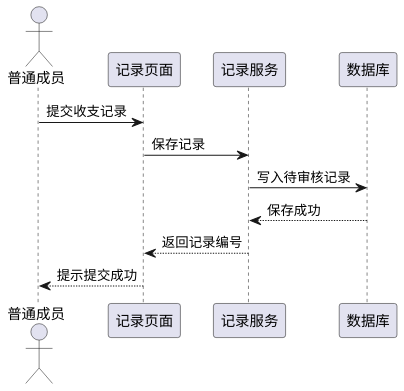
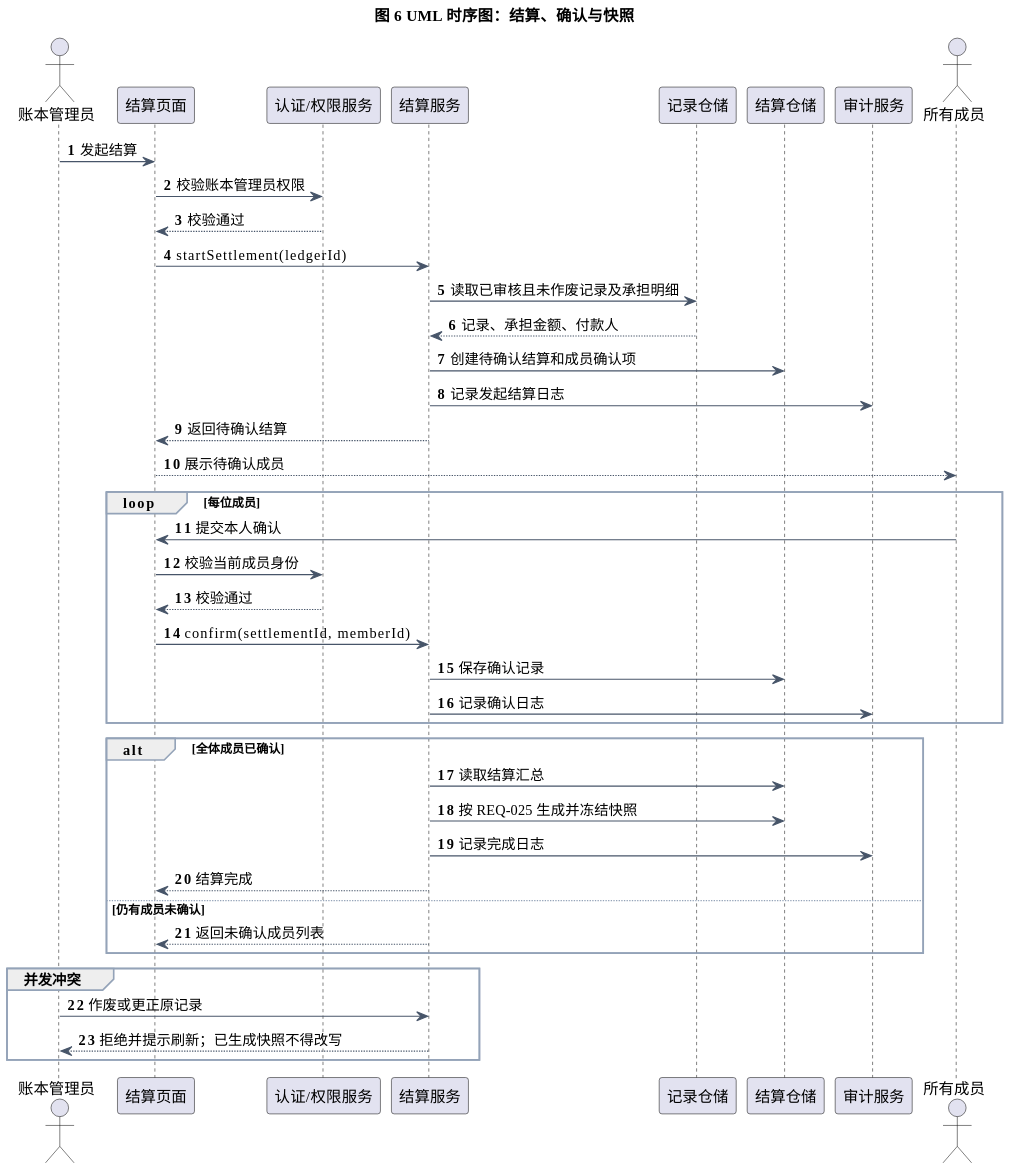
Before and after one commit to 1010-code/lab1-requirements-analysis: the diagram in lab2/UML/UML时序图.puml, drawn with PlantUML. The commit also changed 22 other files, not shown here.

Commit message:
feat: complete lab2 architecture, UI prototypes and report

```diff
--- a/lab2/UML/UML时序图.puml
+++ b/lab2/UML/UML时序图.puml
@@ -1,16 +1,53 @@
 @startuml
-skinparam dpi 150
+skinparam dpi 160
 skinparam defaultFontName "Microsoft YaHei"
 skinparam shadowing false
-actor "普通成员" as Member
-participant "记录页面" as UI
-participant "记录服务" as RecordService
-participant "数据库" as DB
+skinparam sequenceArrowColor #475569
+skinparam sequenceGroupBorderColor #94A3B8
+autonumber
 
-Member -> UI : 提交收支记录
-UI -> RecordService : 保存记录
-RecordService -> DB : 写入待审核记录
-DB --> RecordService : 保存成功
-RecordService --> UI : 返回记录编号
-UI --> Member : 提示提交成功
+title 图 6  UML 时序图：结算、确认与快照
+
+actor "账本管理员" as Admin
+participant "结算页面" as UI
+participant "认证/权限服务" as Auth
+participant "结算服务" as Settle
+participant "记录仓储" as RecordRepo
+participant "结算仓储" as SettleRepo
+participant "审计服务" as Audit
+actor "所有成员" as Members
+
+Admin -> UI : 发起结算
+UI -> Auth : 校验账本管理员权限
+Auth --> UI : 校验通过
+UI -> Settle : startSettlement(ledgerId)
+Settle -> RecordRepo : 读取已审核且未作废记录及承担明细
+RecordRepo --> Settle : 记录、承担金额、付款人
+Settle -> SettleRepo : 创建待确认结算和成员确认项
+Settle -> Audit : 记录发起结算日志
+Settle --> UI : 返回待确认结算
+UI --> Members : 展示待确认成员
+
+loop 每位成员
+  Members -> UI : 提交本人确认
+  UI -> Auth : 校验当前成员身份
+  Auth --> UI : 校验通过
+  UI -> Settle : confirm(settlementId, memberId)
+  Settle -> SettleRepo : 保存确认记录
+  Settle -> Audit : 记录确认日志
+end
+
+alt 全体成员已确认
+  Settle -> SettleRepo : 读取结算汇总
+  Settle -> SettleRepo : 按 REQ-025 生成并冻结快照
+  Settle -> Audit : 记录完成日志
+  Settle --> UI : 结算完成
+else 仍有成员未确认
+  Settle --> UI : 返回未确认成员列表
+end
+
+group 并发冲突
+  Admin -> Settle : 作废或更正原记录
+  Settle --> Admin : 拒绝并提示刷新；已生成快照不得改写
+end
 @enduml
```
